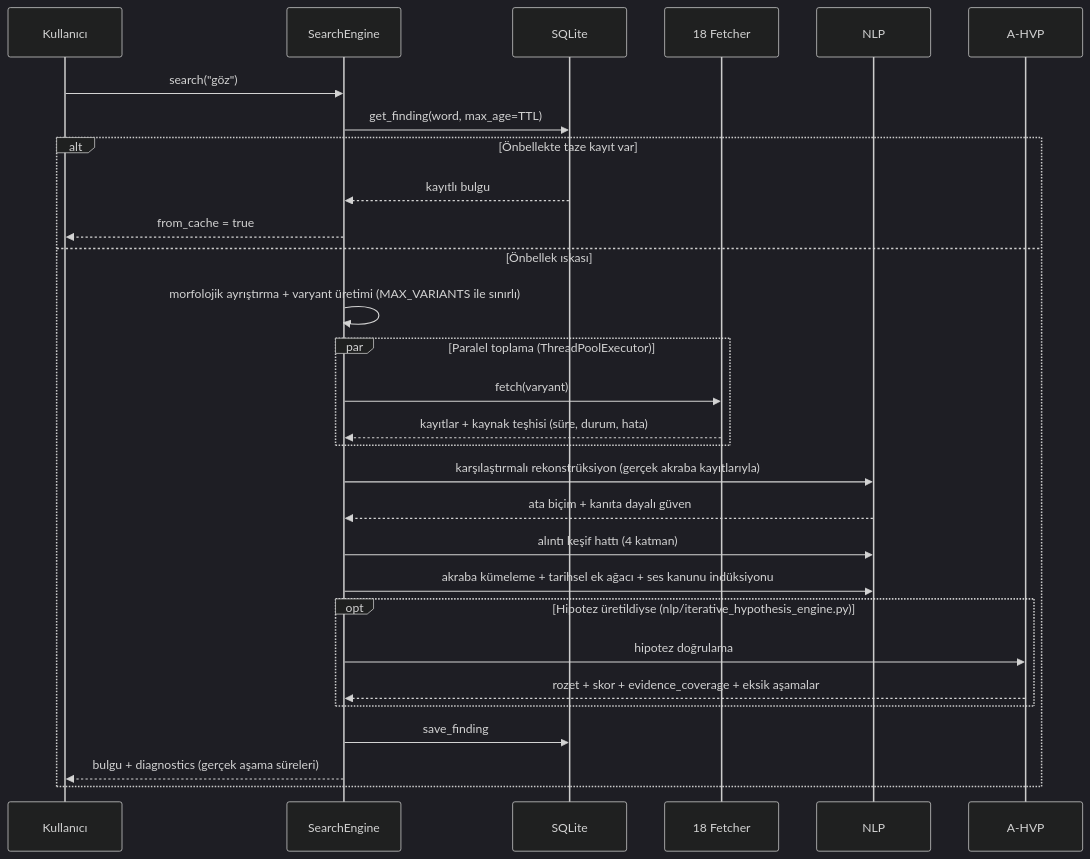
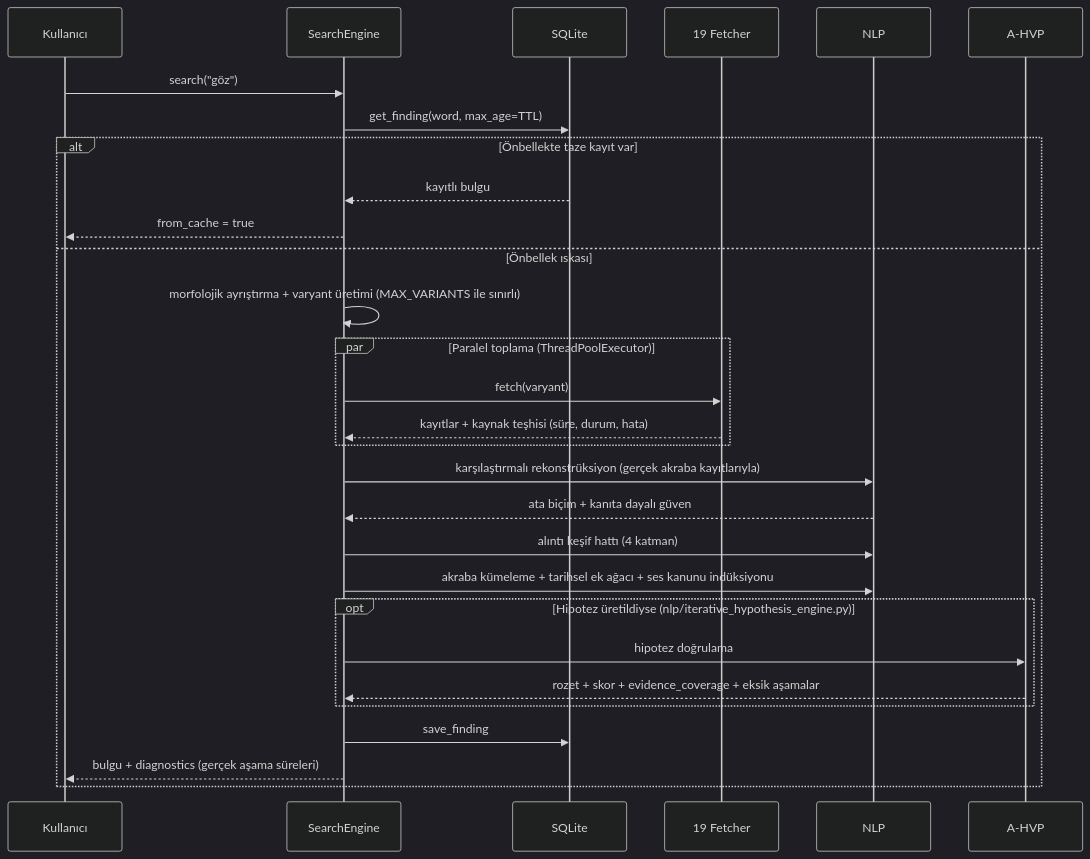
Before and after one commit to musahinist/etimoloji: the second of 3 diagrams in ARCHITECTURE.md, drawn with Mermaid (dark theme). The commit also changed other lines of this file, not shown here.

Commit message:
docs(architecture): kaynak portföyü güncel — 19 toplayıcı, 5 canlı, yerel öncelik

````diff
--- a/ARCHITECTURE.md
+++ b/ARCHITECTURE.md
@@ -92,32 +93,32 @@
 ```mermaid
 sequenceDiagram
     participant U as Kullanıcı
     participant SE as SearchEngine
     participant DB as SQLite
-    participant F as 18 Fetcher
+    participant F as 19 Fetcher
     participant N as NLP
     participant A as A-HVP
 
     U->>SE: search("göz")
     SE->>DB: get_finding(word, max_age=TTL)
     alt Önbellekte taze kayıt var
         DB-->>SE: kayıtlı bulgu
         SE-->>U: from_cache = true
     else Önbellek ıskası
         SE->>SE: morfolojik ayrıştırma + varyant üretimi (MAX_VARIANTS ile sınırlı)
         par Paralel toplama (ThreadPoolExecutor)
             SE->>F: fetch(varyant)
             F-->>SE: kayıtlar + kaynak teşhisi (süre, durum, hata)
         end
         SE->>N: karşılaştırmalı rekonstrüksiyon (gerçek akraba kayıtlarıyla)
         N-->>SE: ata biçim + kanıta dayalı güven
         SE->>N: alıntı keşif hattı (4 katman)
         SE->>N: akraba kümeleme + tarihsel ek ağacı + ses kanunu indüksiyonu
         opt Hipotez üretildiyse (nlp/iterative_hypothesis_engine.py)
             SE->>A: hipotez doğrulama
             A-->>SE: rozet + skor + evidence_coverage + eksik aşamalar
         end
         SE->>DB: save_finding
         SE-->>U: bulgu + diagnostics (gerçek aşama süreleri)
     end
 ```
````
